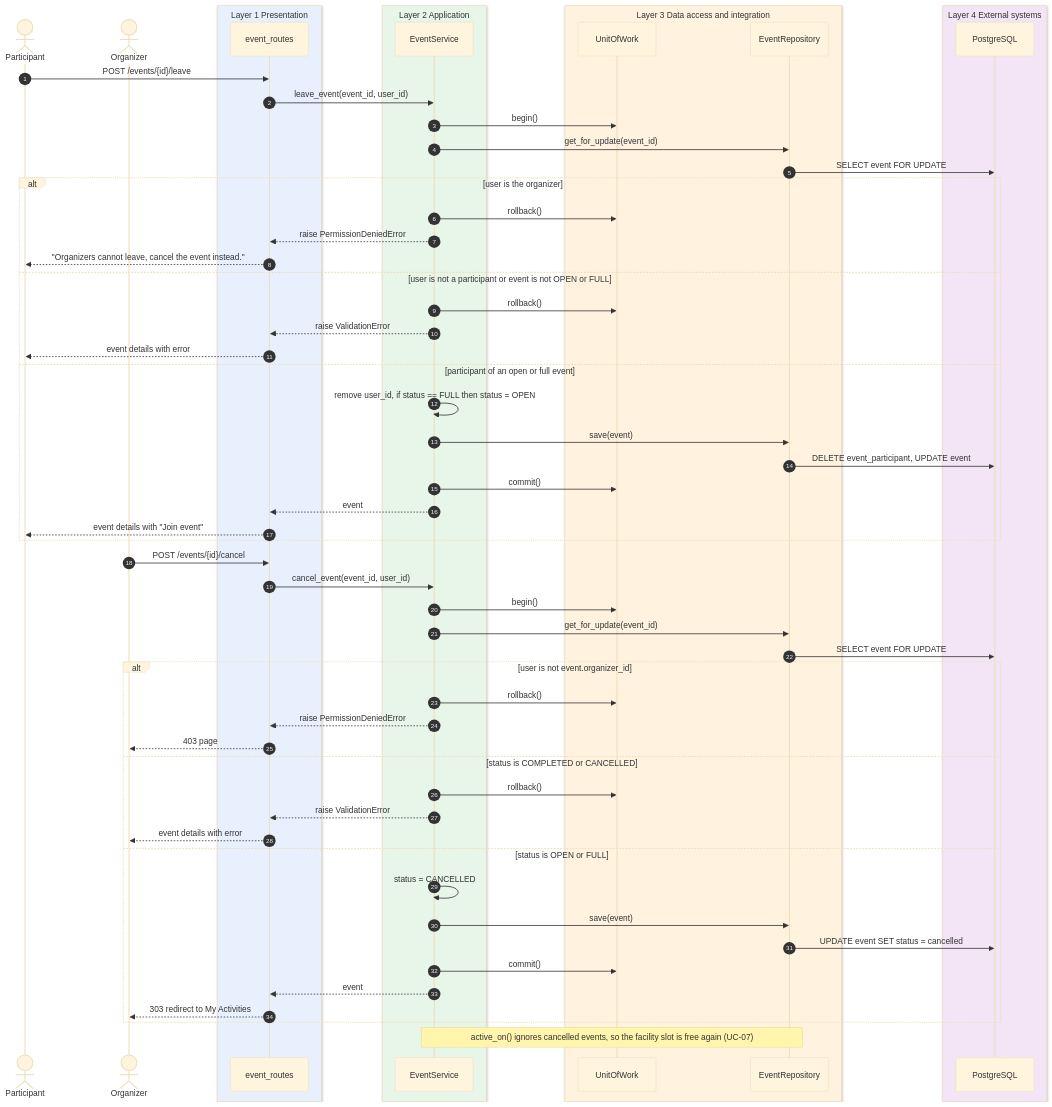
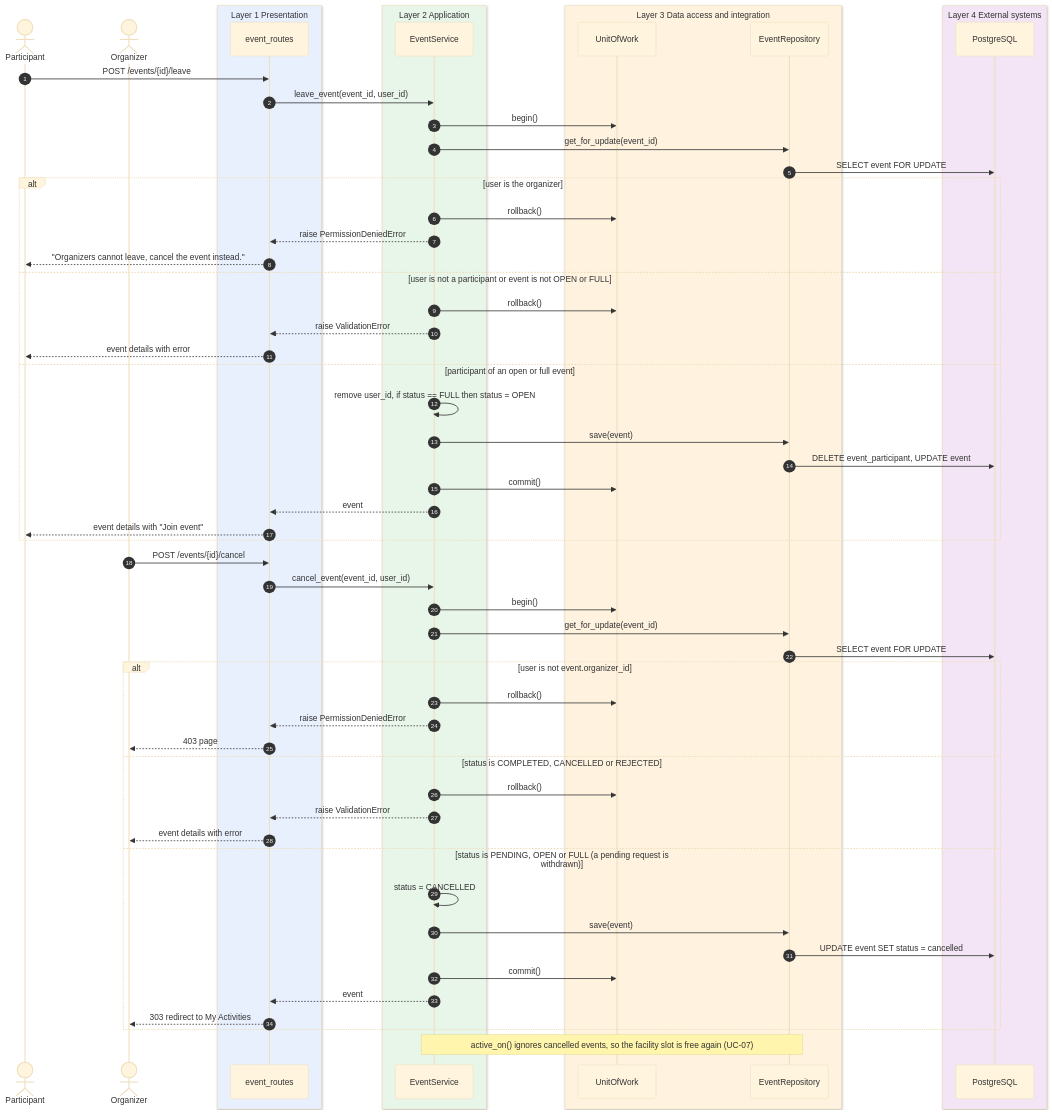
The diagram in docs/design/sequence/uc10_uc11_leave_and_cancel.mmd (emir-heval-arda-harun/CMPE-331-project), drawn with Mermaid (base theme) before and after one commit. The commit also changed 56 other files, not shown here.

```diff
--- a/docs/design/sequence/uc10_uc11_leave_and_cancel.mmd
+++ b/docs/design/sequence/uc10_uc11_leave_and_cancel.mmd
@@ -1,62 +1,62 @@
 sequenceDiagram
     autonumber
     actor P as Participant
     actor O as Organizer
     box rgb(232,240,254) Layer 1 Presentation
         participant R as event_routes
     end
     box rgb(232,245,233) Layer 2 Application
         participant E as EventService
     end
     box rgb(255,243,224) Layer 3 Data access and integration
         participant W as UnitOfWork
         participant ER as EventRepository
     end
     box rgb(243,229,245) Layer 4 External systems
         participant DB as PostgreSQL
     end
 
     P->>R: POST /events/{id}/leave
     R->>E: leave_event(event_id, user_id)
     E->>W: begin()
     E->>ER: get_for_update(event_id)
     ER->>DB: SELECT event FOR UPDATE
     alt user is the organizer
         E->>W: rollback()
         E-->>R: raise PermissionDeniedError
         R-->>P: "Organizers cannot leave, cancel the event instead."
     else user is not a participant or event is not OPEN or FULL
         E->>W: rollback()
         E-->>R: raise ValidationError
         R-->>P: event details with error
     else participant of an open or full event
         E->>E: remove user_id, if status == FULL then status = OPEN
         E->>ER: save(event)
         ER->>DB: DELETE event_participant, UPDATE event
         E->>W: commit()
         E-->>R: event
         R-->>P: event details with "Join event"
     end
 
     O->>R: POST /events/{id}/cancel
     R->>E: cancel_event(event_id, user_id)
     E->>W: begin()
     E->>ER: get_for_update(event_id)
     ER->>DB: SELECT event FOR UPDATE
     alt user is not event.organizer_id
         E->>W: rollback()
         E-->>R: raise PermissionDeniedError
         R-->>O: 403 page
-    else status is COMPLETED or CANCELLED
+    else status is COMPLETED, CANCELLED or REJECTED
         E->>W: rollback()
         E-->>R: raise ValidationError
         R-->>O: event details with error
-    else status is OPEN or FULL
+    else status is PENDING, OPEN or FULL (a pending request is withdrawn)
         E->>E: status = CANCELLED
         E->>ER: save(event)
         ER->>DB: UPDATE event SET status = cancelled
         E->>W: commit()
         E-->>R: event
         R-->>O: 303 redirect to My Activities
     end
     Note over E,ER: active_on() ignores cancelled events, so the facility slot is free again (UC-07)
```
